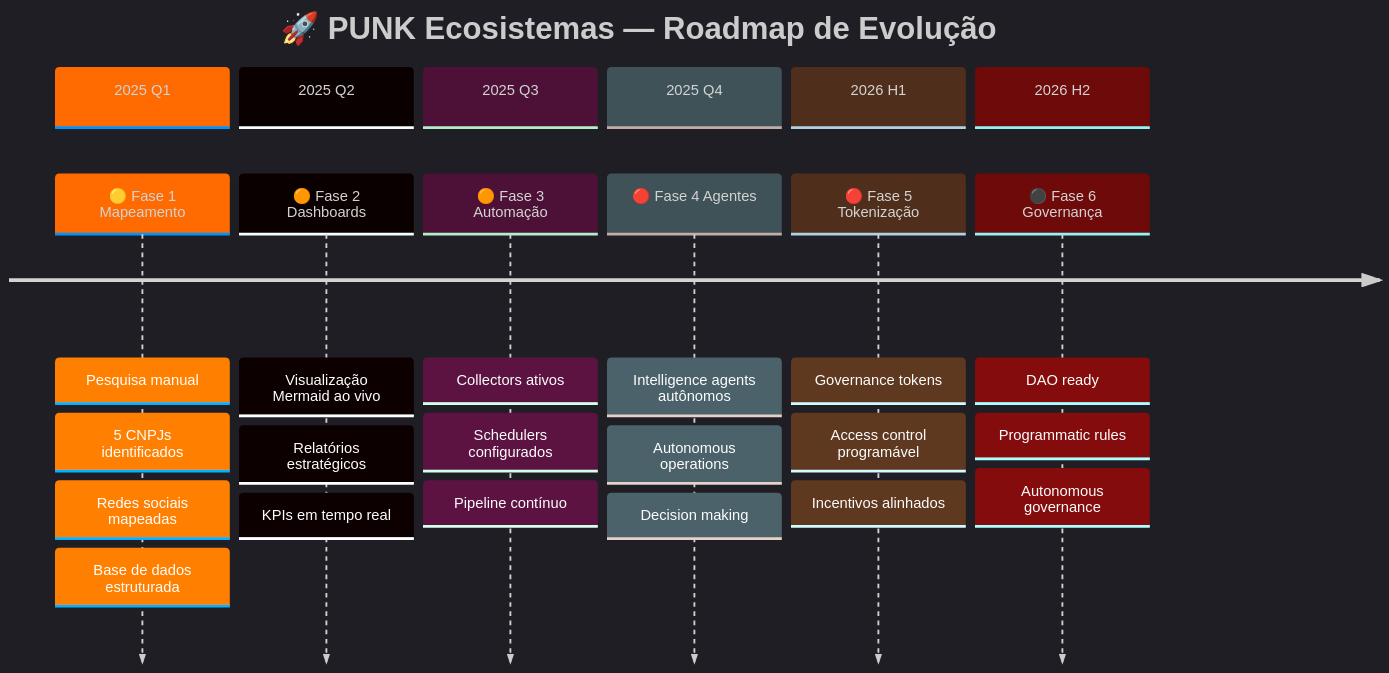
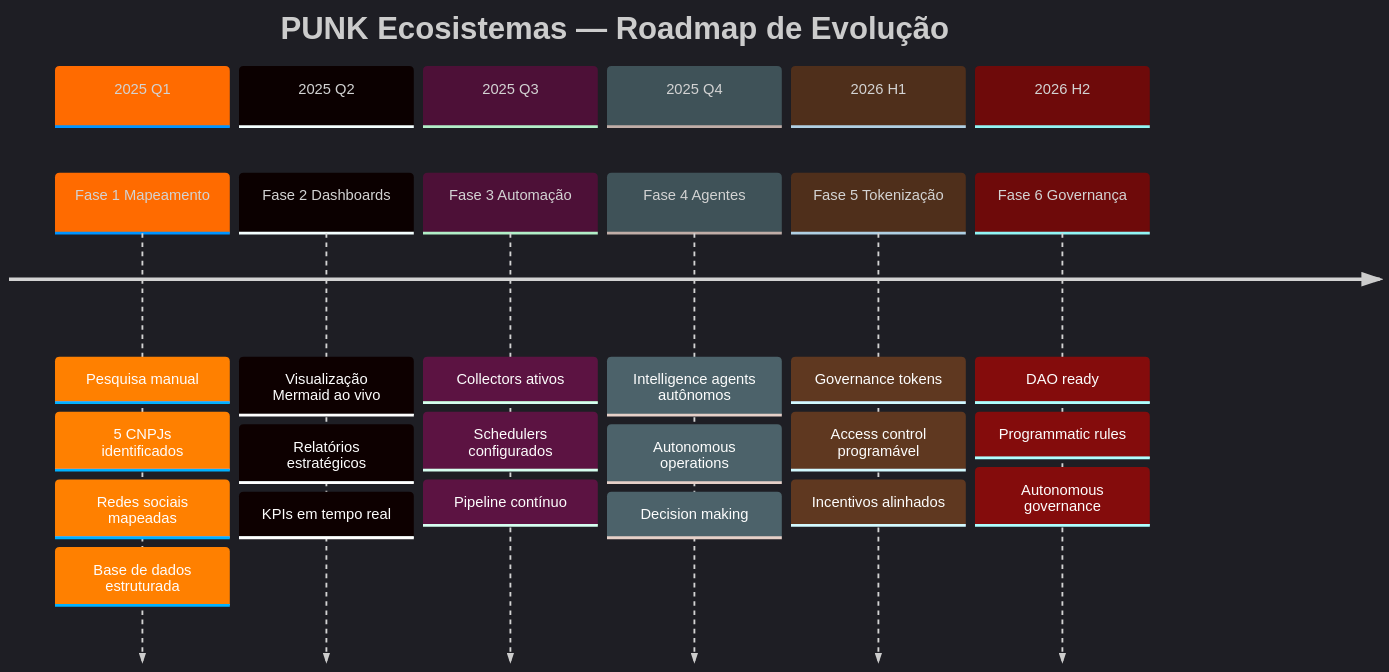
Before and after one commit to neomello/punk-ecosistemas-dados: the fourth of 7 diagrams in docs/ECOSYSTEM-DIAGRAM.md, drawn with Mermaid. The commit also changed other lines of this file and 14 other files, not shown here.

````diff
--- a/docs/ECOSYSTEM-DIAGRAM.md
+++ b/docs/ECOSYSTEM-DIAGRAM.md
@@ -162,37 +162,37 @@
 ```mermaid
 %%{init: {'theme': 'dark', 'themeVariables': { 'primaryColor': '#FF6B00', 'primaryTextColor': '#000', 'primaryBorderColor': '#000', 'lineColor': '#FF6B00', 'tertiaryColor': '#0d0d0d'}}}%%
 
 timeline
-    title 🚀 PUNK Ecosistemas — Roadmap de Evolução
+    title PUNK Ecosistemas — Roadmap de Evolução
     
     section 2025 Q1
-        🟡 Fase 1 Mapeamento : Pesquisa manual
-                             : 5 CNPJs identificados
-                             : Redes sociais mapeadas
-                             : Base de dados estruturada
+        Fase 1 Mapeamento : Pesquisa manual
+                          : 5 CNPJs identificados
+                          : Redes sociais mapeadas
+                          : Base de dados estruturada
     
     section 2025 Q2
-        🟠 Fase 2 Dashboards : Visualização Mermaid ao vivo
-                             : Relatórios estratégicos
-                             : KPIs em tempo real
+        Fase 2 Dashboards : Visualização Mermaid ao vivo
+                          : Relatórios estratégicos
+                          : KPIs em tempo real
     
     section 2025 Q3
-        🟠 Fase 3 Automação : Collectors ativos
-                            : Schedulers configurados
-                            : Pipeline contínuo
+        Fase 3 Automação : Collectors ativos
+                         : Schedulers configurados
+                         : Pipeline contínuo
     
     section 2025 Q4
-        🔴 Fase 4 Agentes : Intelligence agents autônomos
-                          : Autonomous operations
-                          : Decision making
+        Fase 4 Agentes : Intelligence agents autônomos
+                       : Autonomous operations
+                       : Decision making
     
     section 2026 H1
-        🔴 Fase 5 Tokenização : Governance tokens
-                              : Access control programável
-                              : Incentivos alinhados
+        Fase 5 Tokenização : Governance tokens
+                           : Access control programável
+                           : Incentivos alinhados
     
     section 2026 H2
-        ⚫ Fase 6 Governança : DAO ready
-                            : Programmatic rules
-                            : Autonomous governance
+        Fase 6 Governança : DAO ready
+                          : Programmatic rules
+                          : Autonomous governance
 ```
````
